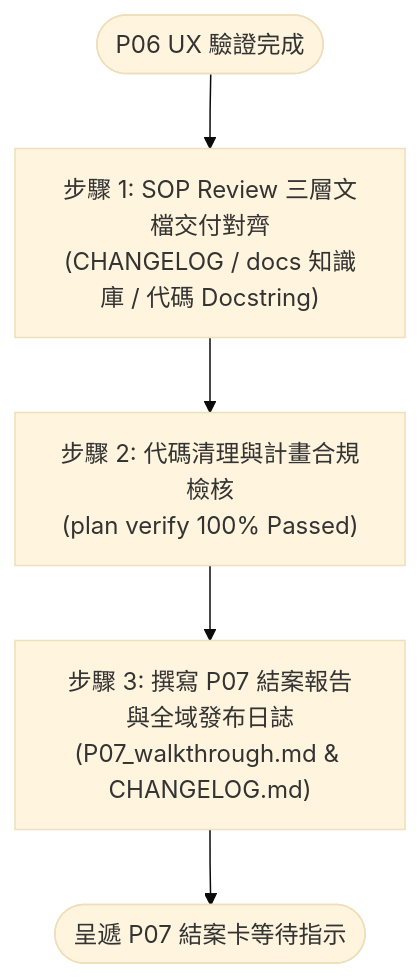
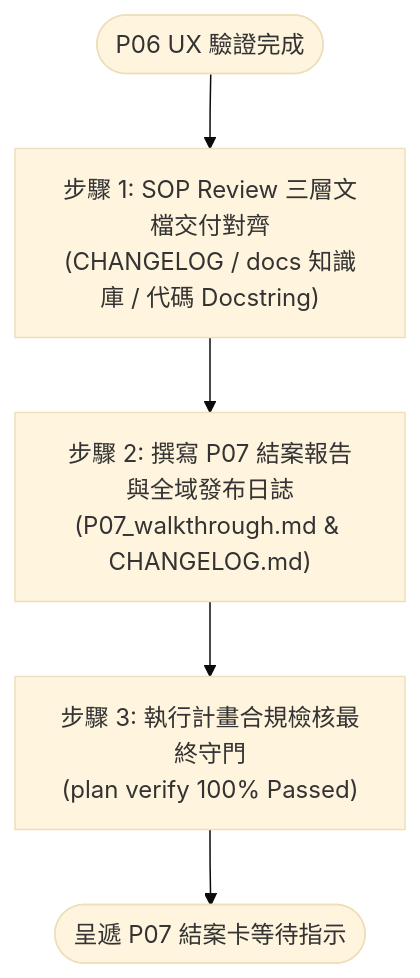
Before and after one commit to ysnaive/ys-codebase: the diagram in ys_codebase/source/agents-workflow/assets/skills/development-sop/references/phase_07_walkthrough.md, drawn with Mermaid (base theme). The commit also changed other lines of this file and 79 other files, not shown here.

First line of the commit message:
fix(knowledge-db,core,agents-workflow): remediate downstream call-graph and cross-platform git dirty issues

````diff
--- a/ys_codebase/source/agents-workflow/assets/skills/development-sop/references/phase_07_walkthrough.md
+++ b/ys_codebase/source/agents-workflow/assets/skills/development-sop/references/phase_07_walkthrough.md
@@ -11,7 +11,7 @@
 ```mermaid
 flowchart TD
     Start(["P06 UX 驗證完成"]) --> Step1["步驟 1: SOP Review 三層文檔交付對齊<br/>(CHANGELOG / docs 知識庫 / 代碼 Docstring)"]
-    Step1 --> Step2["步驟 2: 代碼清理與計畫合規檢核<br/>(plan verify 100% Passed)"]
-    Step2 --> Step3["步驟 3: 撰寫 P07 結案報告與全域發布日誌<br/>(P07_walkthrough.md & CHANGELOG.md)"]
+    Step1 --> Step2["步驟 2: 撰寫 P07 結案報告與全域發布日誌<br/>(P07_walkthrough.md & CHANGELOG.md)"]
+    Step2 --> Step3["步驟 3: 執行計畫合規檢核最終守門<br/>(plan verify 100% Passed)"]
     Step3 --> Card(["呈遞 P07 結案卡等待指示"])
 ```
````
